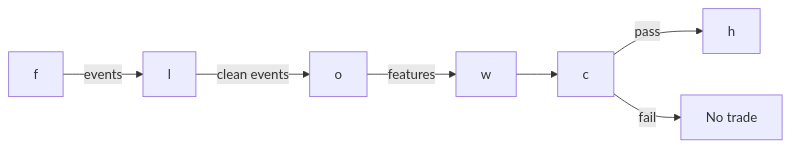
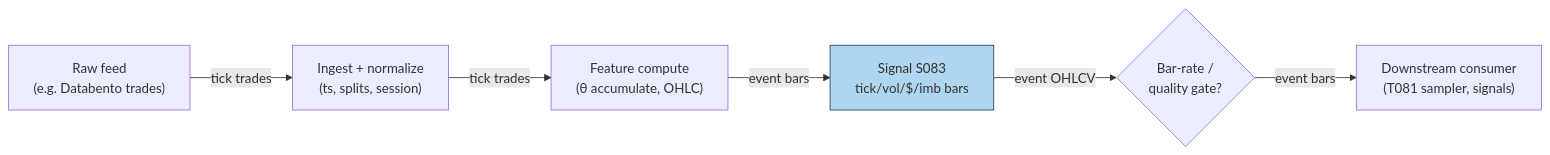
One commit to praveenguptahcl/quant-signals-deep changed the diagram in modules/signals/S083.md. Above: the diagram before and after it, drawn with Mermaid. The commit also changed 51 other files, not shown here.

Commit message:
Module batch S089-S100: 12 signal modules + 36 fixtures + 12 tests (84/84 pass); S083-S085 mermaid repaired; BUILD_STATUS updated

````diff
--- a/modules/signals/S083.md
+++ b/modules/signals/S083.md
@@ -361,9 +361,9 @@
 ```mermaid
 flowchart LR
-    FEED["f"] -->|events| ING["l"]
-    ING -->|clean events| FEAT["o"]
-    FEAT -->|features| SIG["w"]
-    SIG --> GATE["c"]
-    GATE -->|pass| OUT["h"]
-    GATE -->|fail| DROP["No trade"]
+    FEED["Raw feed<br/>(e.g. Databento trades)"] -->|tick trades| ING["Ingest + normalize<br/>(ts, splits, session)"]
+    ING -->|tick trades| FEAT["Feature compute<br/>(θ accumulate, OHLC)"]
+    FEAT -->|event bars| SIG["Signal S083<br/>tick/vol/$/imb bars"]
+    SIG -->|event OHLCV| GATE{"Bar-rate /<br/>quality gate?"}
+    GATE -->|event bars| OUT["Downstream consumer<br/>(T081 sampler, signals)"]
+    style SIG fill:#aed6f1,stroke:#1f3a5f
 ```
````
